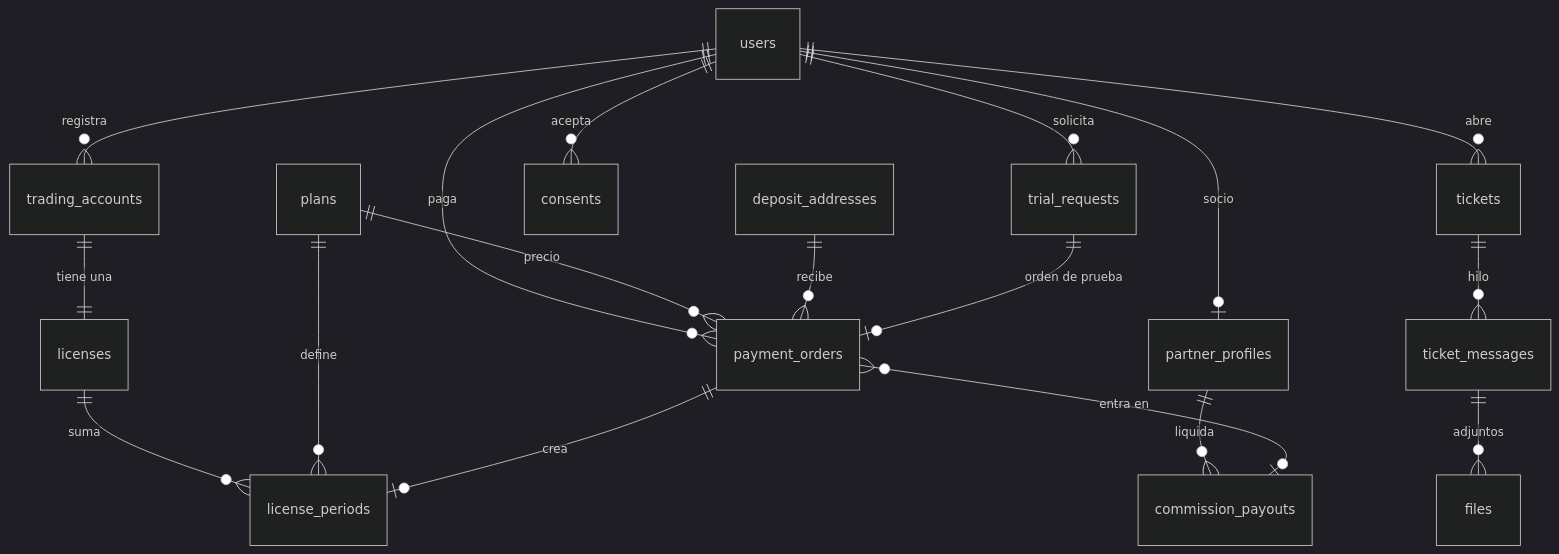
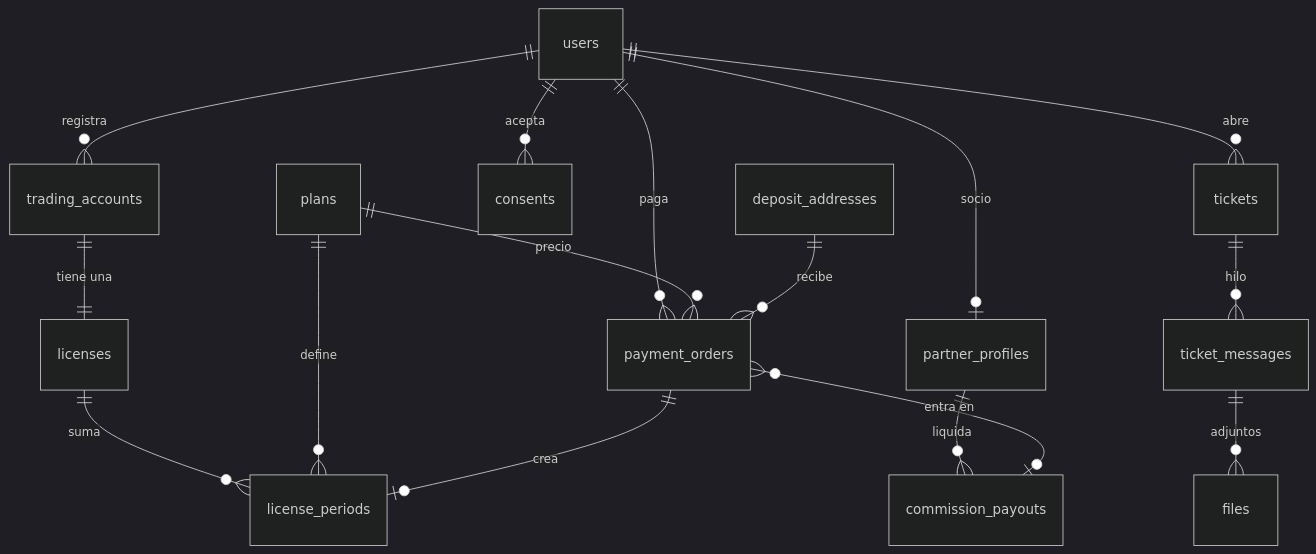
One commit to DylanSrz/DocTrader changed the first of 6 diagrams in docs/MODELO-DATOS.md. Above: the diagram before and after it, drawn with Mermaid (dark theme). The commit also changed other lines of this file and 75 other files, not shown here.

````diff
--- a/docs/MODELO-DATOS.md
+++ b/docs/MODELO-DATOS.md
@@ -27,20 +27,18 @@
 ```mermaid
 erDiagram
   users ||--o{ trading_accounts : "registra"
   users ||--o{ payment_orders : "paga"
-  users ||--o{ trial_requests : "solicita"
   users ||--o{ tickets : "abre"
   users ||--o{ consents : "acepta"
   users ||--o| partner_profiles : "socio"
   trading_accounts ||--|| licenses : "tiene una"
   licenses ||--o{ license_periods : "suma"
   plans ||--o{ license_periods : "define"
   plans ||--o{ payment_orders : "precio"
   payment_orders ||--o| license_periods : "crea"
   deposit_addresses ||--o{ payment_orders : "recibe"
-  trial_requests ||--o| payment_orders : "orden de prueba"
   tickets ||--o{ ticket_messages : "hilo"
   ticket_messages ||--o{ files : "adjuntos"
   partner_profiles ||--o{ commission_payouts : "liquida"
   payment_orders }o--o| commission_payouts : "entra en"
 ```
````
